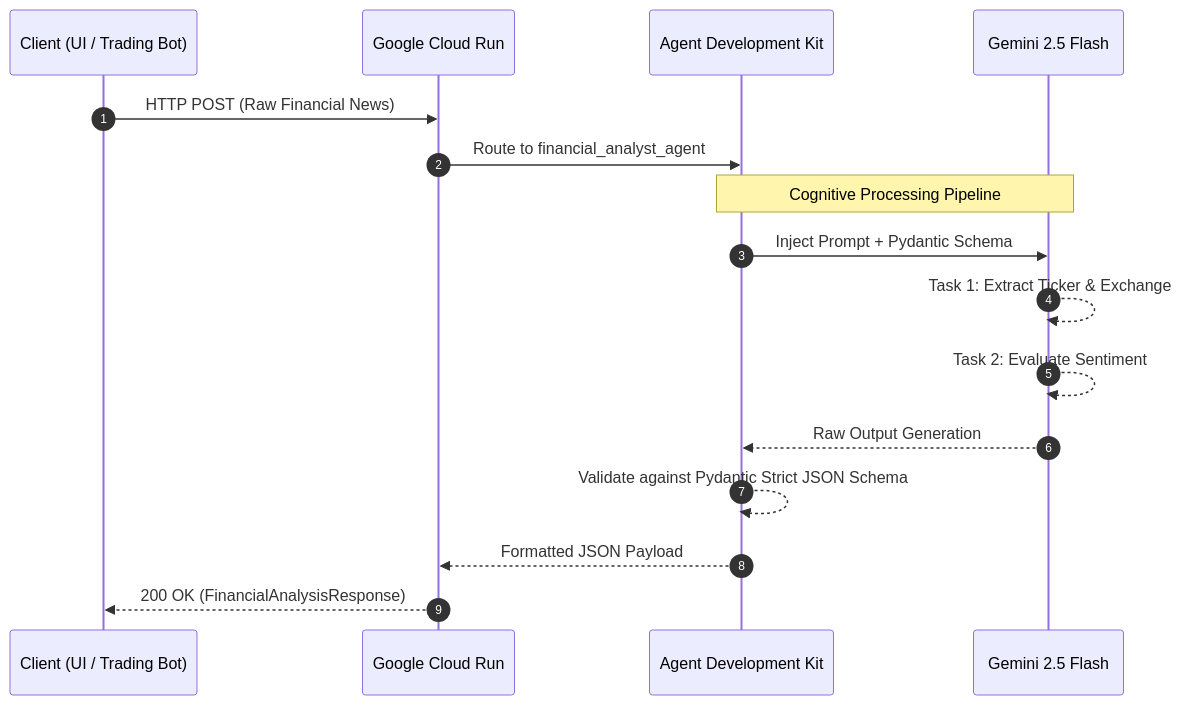
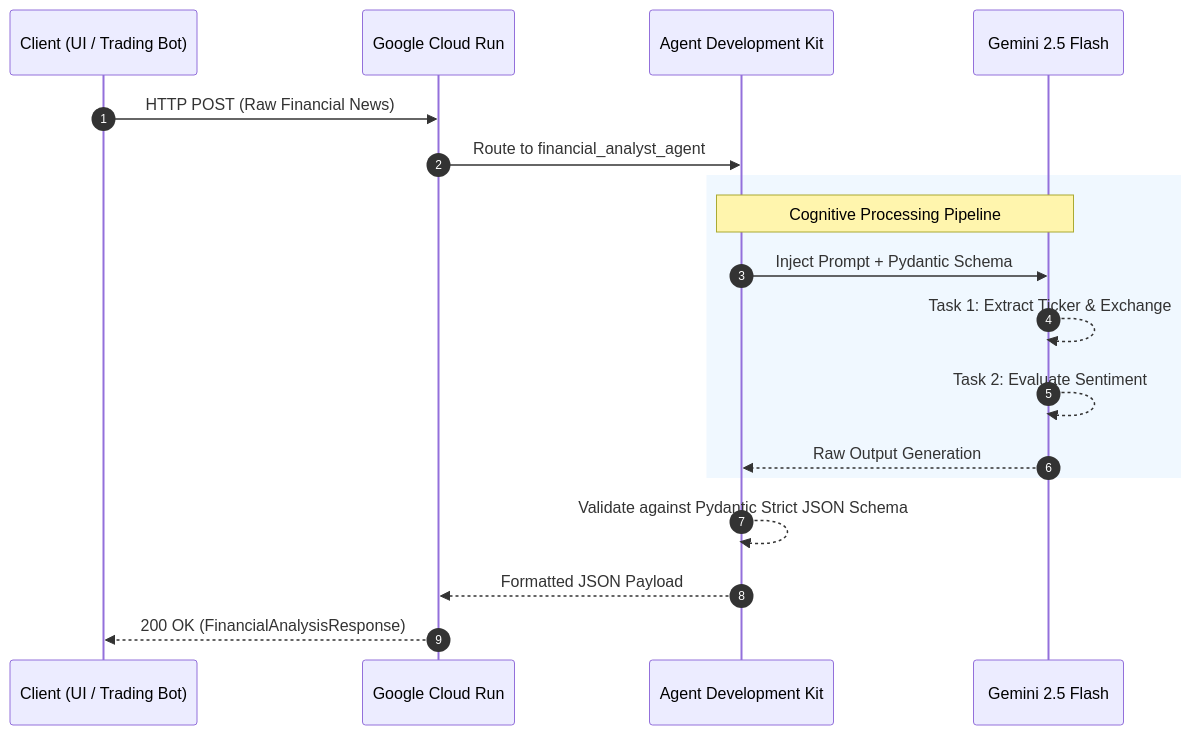
One commit to kaushal168/Financial-AI-Analyst-Agent-Microservice changed the diagram in README.md. Above: the diagram before and after it, drawn with Mermaid. The commit also changed 1 other file, not shown here.

Commit message:
feat: Add cognitive processing diagram and enhance sequence diagram in README

````diff
--- a/README.md
+++ b/README.md
@@ -50,21 +50,23 @@
 ```mermaid
 sequenceDiagram
     autonumber
     participant C as Client (UI / Trading Bot)
     participant CR as Google Cloud Run
     participant ADK as Agent Development Kit
     participant LLM as Gemini 2.5 Flash
     
     C->>CR: HTTP POST (Raw Financial News)
     CR->>ADK: Route to financial_analyst_agent
     
+    rect rgb(240, 248, 255)
     Note over ADK,LLM: Cognitive Processing Pipeline
     ADK->>LLM: Inject Prompt + Pydantic Schema
     LLM-->>LLM: Task 1: Extract Ticker & Exchange
     LLM-->>LLM: Task 2: Evaluate Sentiment
     LLM-->>ADK: Raw Output Generation
+    end
     
     ADK-->>ADK: Validate against Pydantic Strict JSON Schema
     ADK-->>CR: Formatted JSON Payload
     CR-->>C: 200 OK (FinancialAnalysisResponse)
 ```
````
